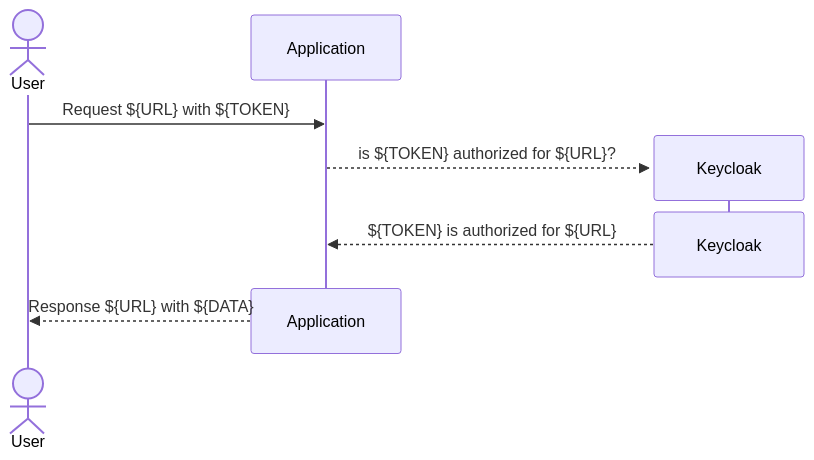
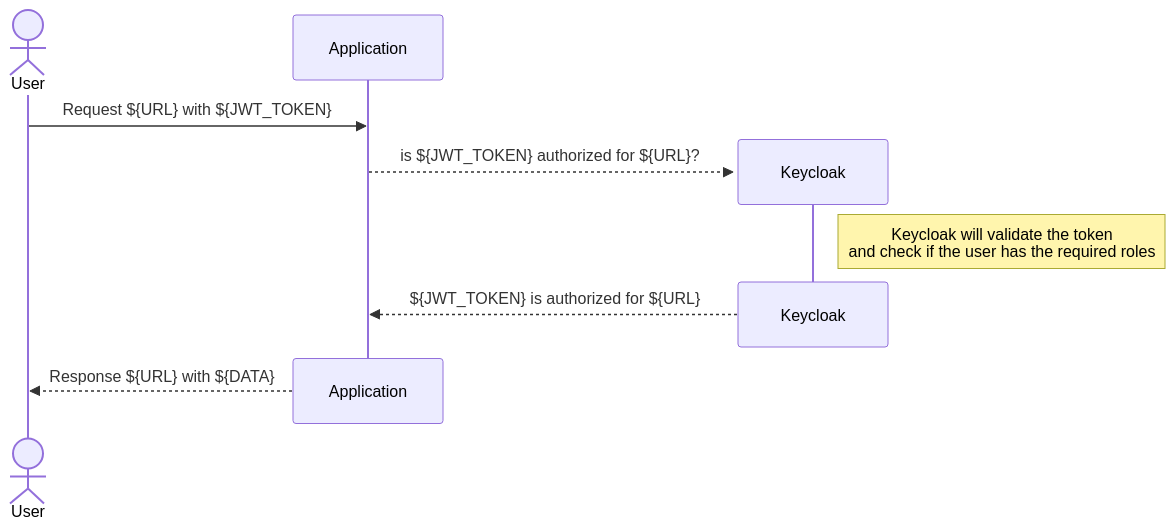
One commit to tillawy/rails_keycloak_authorization changed the diagram in README.md. Above: the diagram before and after it, drawn with Mermaid. The commit also changed other lines of this file and 14 other files, not shown here.

````diff
--- a/README.md
+++ b/README.md
@@ -10,11 +30,12 @@
 ```mermaid
 sequenceDiagram
     actor User
-    User->>Application: Request ${URL} with ${TOKEN}
+    User->>Application: Request ${URL} with ${JWT_TOKEN}
     create participant Keycloak
-    Application-->>Keycloak: is ${TOKEN} authorized for ${URL}?
+    Application-->>Keycloak: is ${JWT_TOKEN} authorized for ${URL}?
+    note right of Keycloak: Keycloak will validate the token <br/> and check if the user has the required roles
     destroy Keycloak
-    Keycloak-->>Application: ${TOKEN} is authorized for ${URL}
+    Keycloak-->>Application: ${JWT_TOKEN} is authorized for ${URL}
     destroy Application
     Application-->>User: Response ${URL} with ${DATA}
 ```
````
